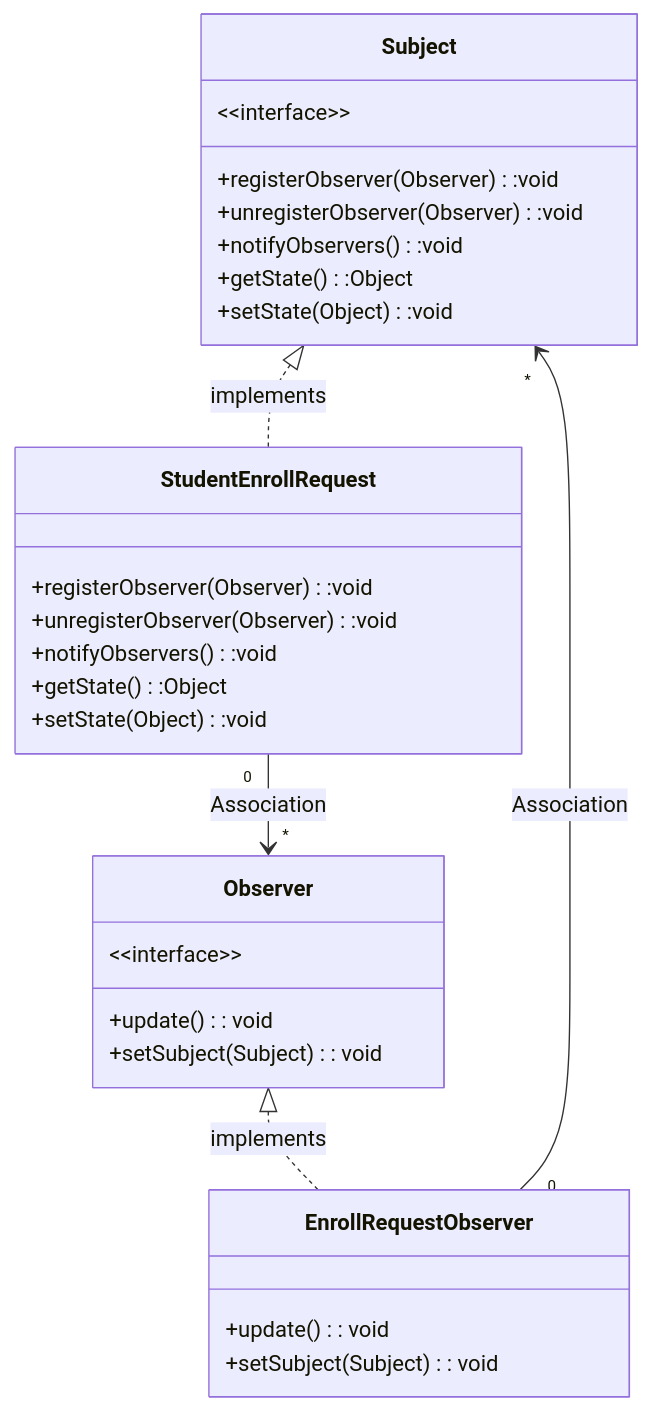
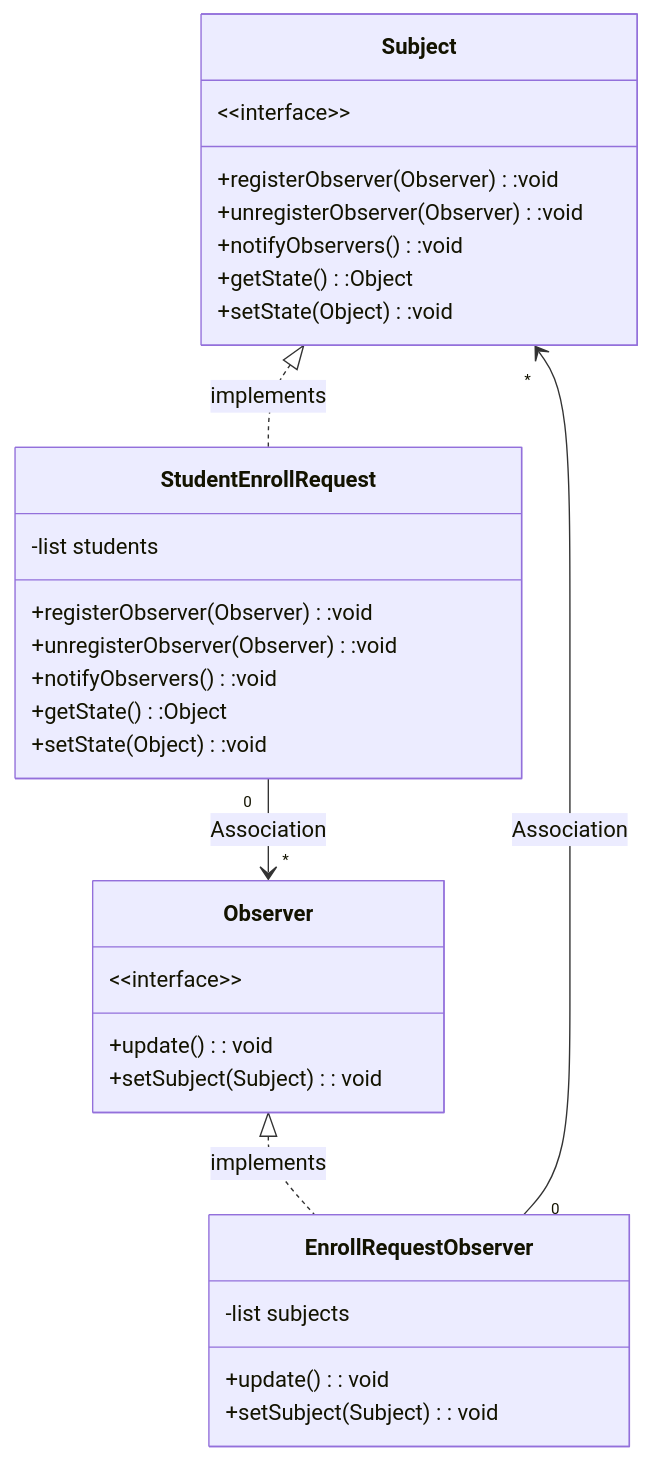
Before and after one commit to sivertlog/WebadvisorDesign: the diagram in mermaid/enrollmentobserver.mermaid, drawn with Mermaid.

Commit message:
added observer diagram

```diff
--- a/mermaid/enrollmentobserver.mermaid
+++ b/mermaid/enrollmentobserver.mermaid
@@ -1,29 +1,31 @@
 classDiagram
     Subject <|.. StudentEnrollRequest: implements
     Observer <|.. EnrollRequestObserver: implements
     StudentEnrollRequest "0" --> "*" Observer : Association
     EnrollRequestObserver "0" --> "*" Subject : Association
     class Observer{
         &lt;&lt;interface&gt;&gt;
         +update(): void
         +setSubject(Subject): void
     }
     class EnrollRequestObserver{
+        -list subjects
         +update(): void
         +setSubject(Subject): void
     }
     class Subject{
         &lt;&lt;interface&gt;&gt;
         +registerObserver(Observer):void
         +unregisterObserver(Observer):void
         +notifyObservers():void
         +getState():Object
         +setState(Object):void
     }
     class StudentEnrollRequest{
+        -list students
         +registerObserver(Observer):void
         +unregisterObserver(Observer):void
         +notifyObservers():void
         +getState():Object
         +setState(Object):void
     }
```
